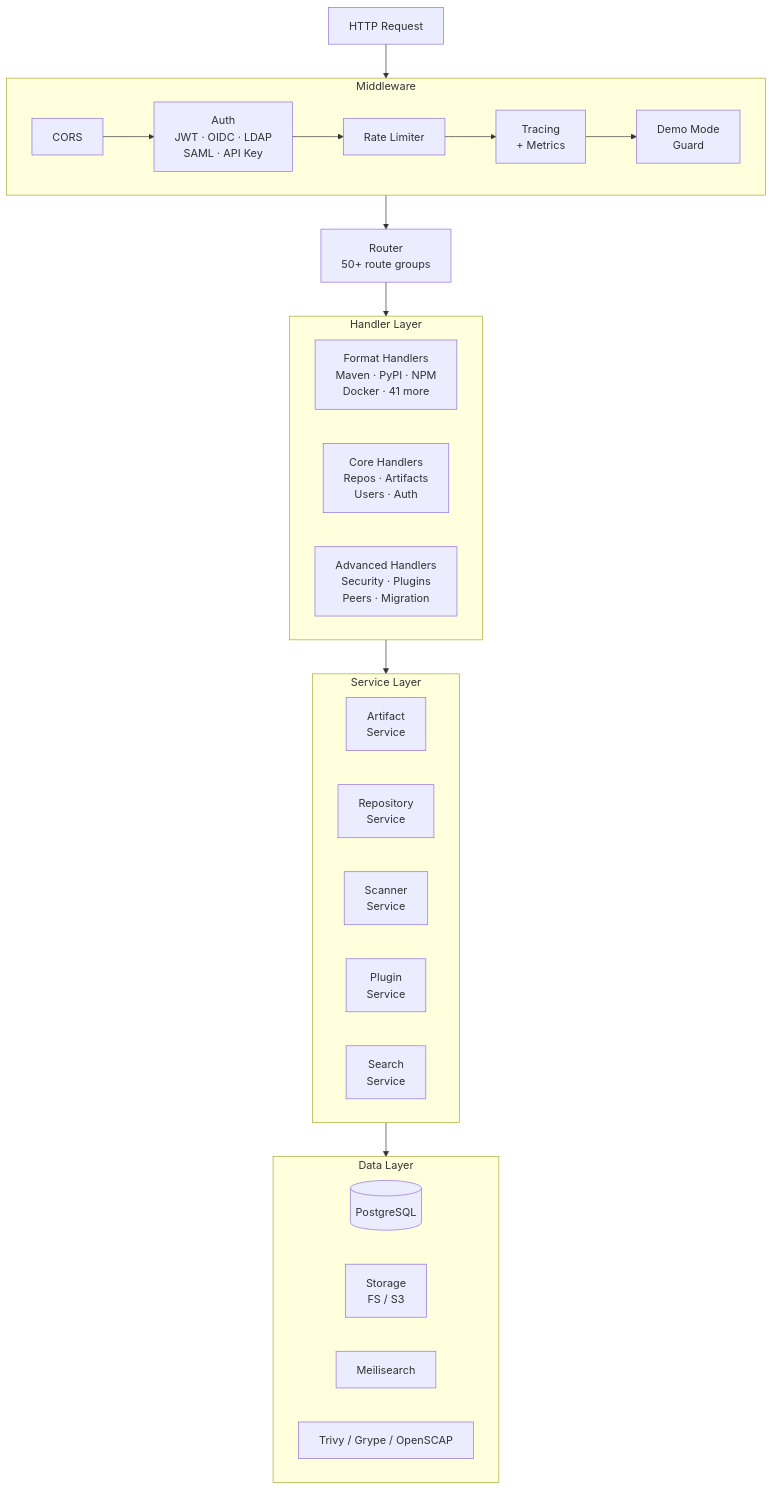
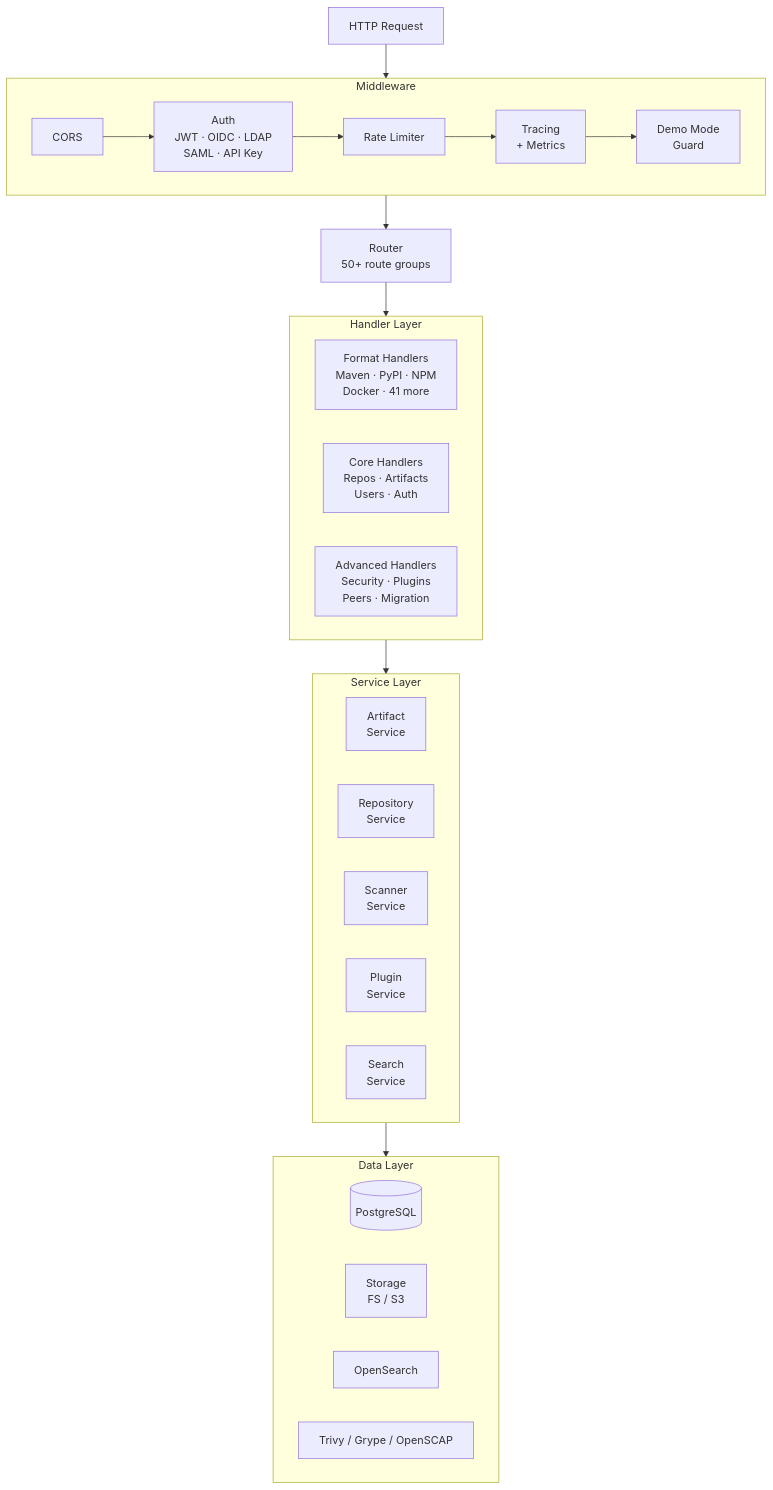
One commit to artifact-keeper/artifact-keeper changed the second of 5 diagrams in README.md. Above: the diagram before and after it, drawn with Mermaid.

Commit message:
docs(README): fix Meilisearch/OpenSearch contradiction (#964)
The architecture Mermaid diagram in the data layer still labelled the
search backend as Meilisearch, while the technology table further down
correctly listed OpenSearch. PR #830 replaced Meilisearch with
OpenSearch as a v1.2.0 breaking change. Update the diagram label so it
agrees with the technology table.

Fixes #964

````diff
--- a/README.md
+++ b/README.md
@@ -60,43 +60,43 @@
 ```mermaid
 flowchart TD
     REQ["HTTP Request"] --> MW["Middleware Pipeline"]
 
     subgraph MW["Middleware"]
         direction LR
         CORS["CORS"] --> AUTH["Auth<br/>JWT · OIDC · LDAP<br/>SAML · API Key"]
         AUTH --> RL["Rate Limiter"]
         RL --> TRACE["Tracing<br/>+ Metrics"]
         TRACE --> DEMO["Demo Mode<br/>Guard"]
     end
 
     MW --> ROUTER["Router<br/>50+ route groups"]
 
     subgraph HANDLERS["Handler Layer"]
         FMT["Format Handlers<br/>Maven · PyPI · NPM<br/>Docker · 41 more"]
         CORE["Core Handlers<br/>Repos · Artifacts<br/>Users · Auth"]
         ADV["Advanced Handlers<br/>Security · Plugins<br/>Peers · Migration"]
     end
 
     ROUTER --> HANDLERS
 
     subgraph SERVICES["Service Layer"]
         direction LR
         ART["Artifact<br/>Service"]
         REPO["Repository<br/>Service"]
         SCAN["Scanner<br/>Service"]
         PLUG["Plugin<br/>Service"]
         SEARCH["Search<br/>Service"]
     end
 
     HANDLERS --> SERVICES
 
     subgraph DATA["Data Layer"]
         direction LR
         PG[(PostgreSQL)]
         FS["Storage<br/>FS / S3"]
-        MS["Meilisearch"]
+        MS["OpenSearch"]
         SC["Trivy / Grype / OpenSCAP"]
     end
 
     SERVICES --> DATA
 ```
````
